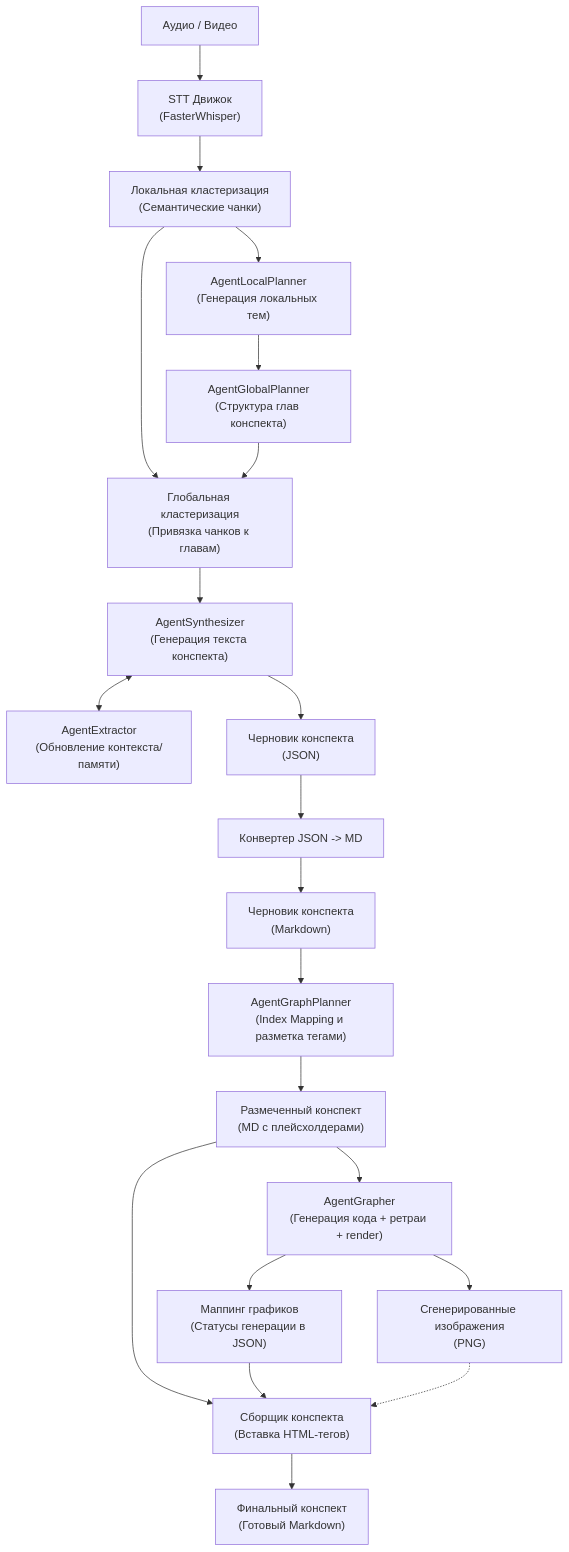
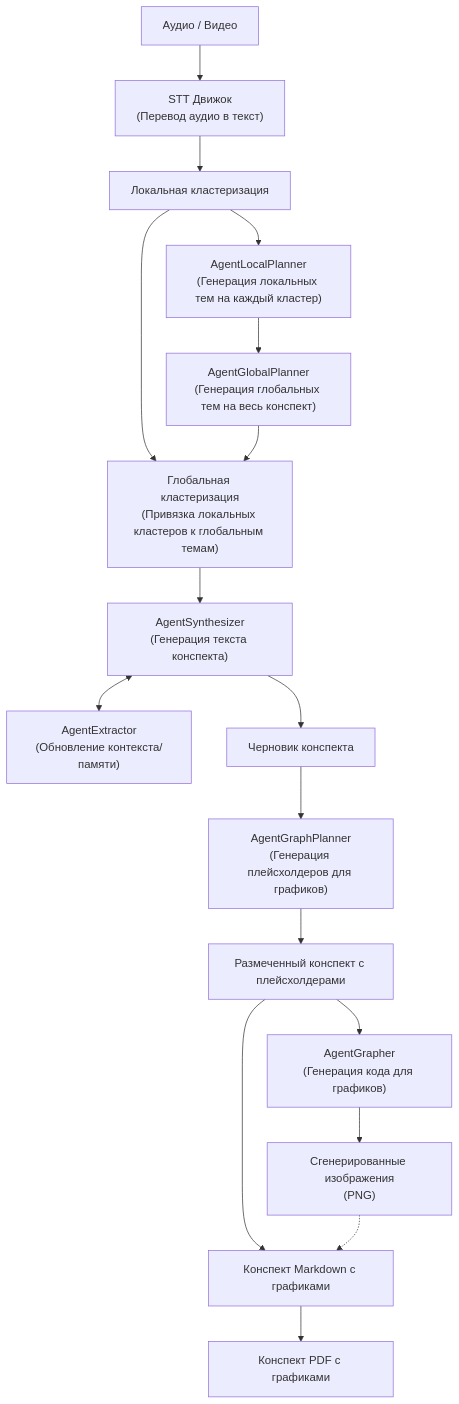
The diagram in README.ru.md (m4deme1ns4ne/LongConspectWriter), drawn with Mermaid before and after one commit. The commit also changed other lines of this file and 90 other files, not shown here.

````diff
--- a/README.ru.md
+++ b/README.ru.md
@@ -26,37 +25,29 @@
 ```mermaid
 flowchart TD
     %% Входные данные
-    Audio["Аудио / Видео"] --> STT["STT Движок<br/>(FasterWhisper)"]
+    Audio["Аудио / Видео"] --> STT["STT Движок<br/>(Перевод аудио в текст)"]
 
     %% Кластеризация и планирование
-    STT --> LCluster["Локальная кластеризация<br/>(Семантические чанки)"]
-    LCluster --> LPlanner["AgentLocalPlanner<br/>(Генерация локальных тем)"]
-    LPlanner --> GPlanner["AgentGlobalPlanner<br/>(Структура глав конспекта)"]
-
-    LCluster --> GCluster["Глобальная кластеризация<br/>(Привязка чанков к главам)"]
+    STT --> LCluster["Локальная кластеризация"]
+    LCluster --> LPlanner["AgentLocalPlanner<br/>(Генерация локальных тем на каждый кластер)"]
+    LPlanner --> GPlanner["AgentGlobalPlanner<br/>(Генерация глобальных тем на весь конспект)"]
+    LCluster --> GCluster["Глобальная кластеризация<br/>(Привязка локальных кластеров к глобальным темам)"]
     GPlanner --> GCluster
 
     %% Синтез текста
     GCluster --> Synthesizer["AgentSynthesizer<br/>(Генерация текста конспекта)"]
     Synthesizer <--> Extractor["AgentExtractor<br/>(Обновление контекста/памяти)"]
-
-    Synthesizer --> DraftJSON["Черновик конспекта<br/>(JSON)"]
-    DraftJSON --> Converter["Конвертер JSON -> MD"]
-    Converter --> DraftMD["Черновик конспекта<br/>(Markdown)"]
+    Synthesizer --> DraftJSON["Черновик конспекта"]
 
     %% Мультиагентный визуализатор
-    DraftMD --> GraphPlanner["AgentGraphPlanner<br/>(Index Mapping и разметка тегами)"]
-    GraphPlanner --> TaggedMD["Размеченный конспект<br/>(MD с плейсхолдерами)"]
-
-    TaggedMD --> Grapher["AgentGrapher<br/>(Генерация кода + ретраи + render)"]
-
-    Grapher --> GraphMap["Маппинг графиков<br/>(Статусы генерации в JSON)"]
+    DraftJSON --> GraphPlanner["AgentGraphPlanner<br/>(Генерация плейсхолдеров для графиков)"]
+    GraphPlanner --> TaggedMD["Размеченный конспект с плейсхолдерами"]
+    TaggedMD --> Grapher["AgentGrapher<br/>(Генерация кода для графиков)"]
     Grapher --> Images["Сгенерированные изображения<br/>(PNG)"]
 
     %% Финальная сборка
-    TaggedMD --> Stitcher["Сборщик конспекта<br/>(Вставка HTML-тегов)"]
-    GraphMap --> Stitcher
-    Images -.-> Stitcher
-
-    Stitcher --> FinalMD["Финальный конспект<br/>(Готовый Markdown)"]
+    TaggedMD --> FinalMD["Сборщик конспекта<br/>(Вставка HTML-тегов)"]
+    Images -.-> FinalMD
+    FinalMD["Конспект Markdown с графиками"]
+    FinalMD --> FinalPDF["Конспект PDF с графиками"]
 ```
````
